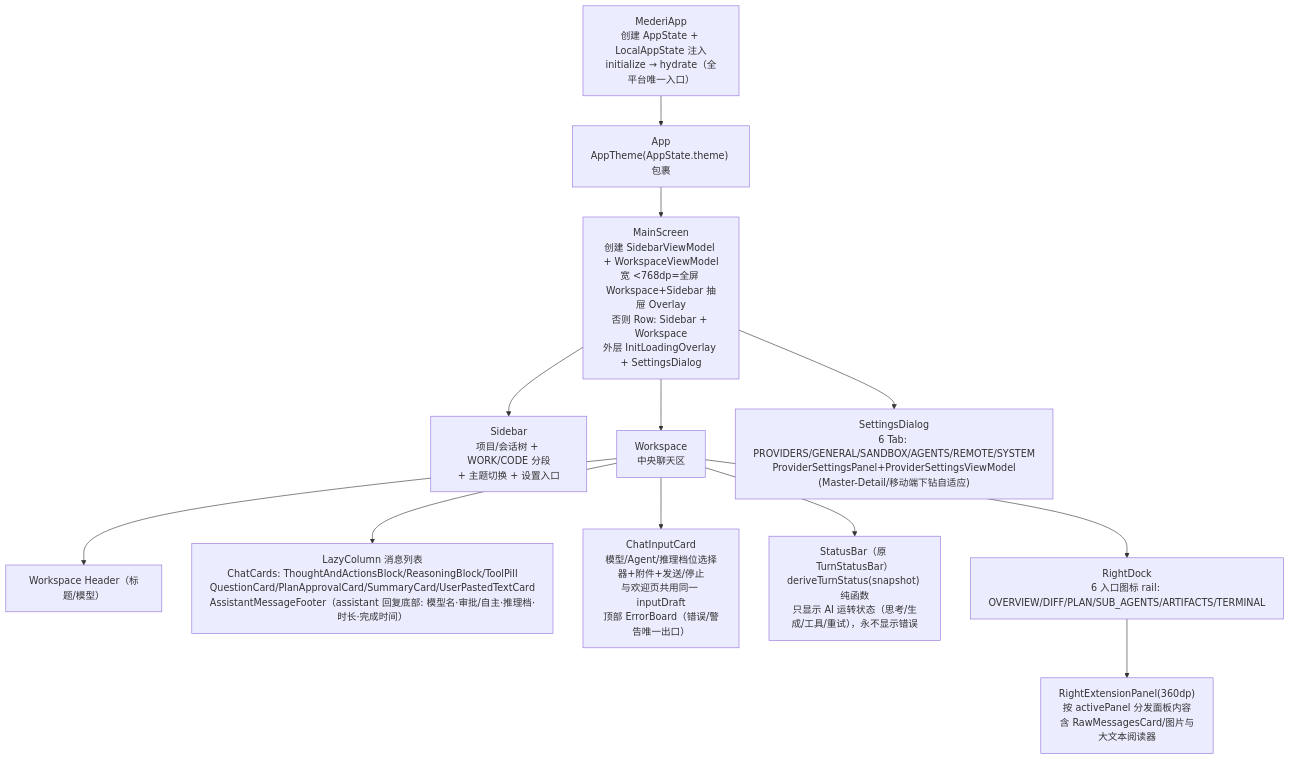
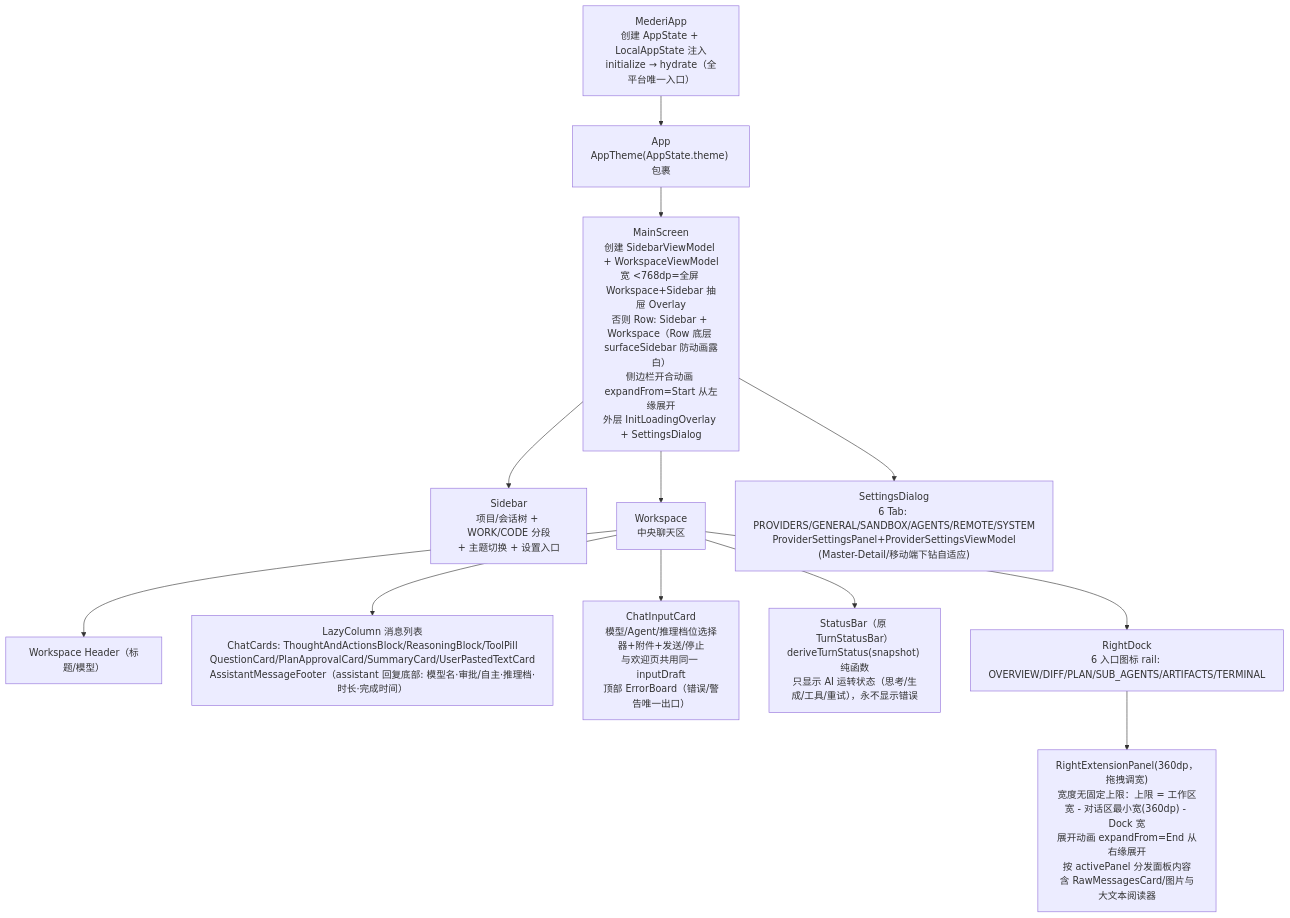
The third of 4 diagrams in mederi/docs/architecture/02-app-shared.md (lzdev42/mederi), drawn with Mermaid before and after one commit. The commit also changed other lines of this file and 38 other files, not shown here.

First line of the commit message:
ui: bound right panel width by conversation min width, fix sidebar backdrop flash

````diff
--- a/mederi/docs/architecture/02-app-shared.md
+++ b/mederi/docs/architecture/02-app-shared.md
@@ -324,24 +328,24 @@
 ```mermaid
 flowchart TD
     MA["MederiApp<br/>创建 AppState + LocalAppState 注入<br/>initialize → hydrate（全平台唯一入口）"]
     APP["App<br/>AppTheme(AppState.theme) 包裹"]
-    MS["MainScreen<br/>创建 SidebarViewModel + WorkspaceViewModel<br/>宽 <768dp=全屏 Workspace+Sidebar 抽屉 Overlay<br/>否则 Row: Sidebar + Workspace<br/>外层 InitLoadingOverlay + SettingsDialog"]
+    MS["MainScreen<br/>创建 SidebarViewModel + WorkspaceViewModel<br/>宽 <768dp=全屏 Workspace+Sidebar 抽屉 Overlay<br/>否则 Row: Sidebar + Workspace（Row 底层 surfaceSidebar 防动画露白）<br/>侧边栏开合动画 expandFrom=Start 从左缘展开<br/>外层 InitLoadingOverlay + SettingsDialog"]
     SB["Sidebar<br/>项目/会话树 + WORK/CODE 分段<br/>+ 主题切换 + 设置入口"]
     WS["Workspace<br/>中央聊天区"]
     HDR["Workspace Header（标题/模型）"]
     LIST["LazyColumn 消息列表<br/>ChatCards: ThoughtAndActionsBlock/ReasoningBlock/ToolPill<br/>QuestionCard/PlanApprovalCard/SummaryCard/UserPastedTextCard<br/>AssistantMessageFooter（assistant 回复底部: 模型名·审批/自主·推理档·时长·完成时间）"]
     INPUT["ChatInputCard<br/>模型/Agent/推理档位选择器+附件+发送/停止<br/>与欢迎页共用同一 inputDraft<br/>顶部 ErrorBoard（错误/警告唯一出口）"]
     SBAR["StatusBar（原 TurnStatusBar）<br/>deriveTurnStatus(snapshot) 纯函数<br/>只显示 AI 运转状态（思考/生成/工具/重试），永不显示错误"]
     DOCK["RightDock<br/>6 入口图标 rail: OVERVIEW/DIFF/PLAN/SUB_AGENTS/ARTIFACTS/TERMINAL"]
-    REP["RightExtensionPanel(360dp)<br/>按 activePanel 分发面板内容<br/>含 RawMessagesCard/图片与大文本阅读器"]
+    REP["RightExtensionPanel(360dp，拖拽调宽)<br/>宽度无固定上限：上限 = 工作区宽 - 对话区最小宽(360dp) - Dock 宽<br/>展开动画 expandFrom=End 从右缘展开<br/>按 activePanel 分发面板内容<br/>含 RawMessagesCard/图片与大文本阅读器"]
     SD["SettingsDialog<br/>6 Tab: PROVIDERS/GENERAL/SANDBOX/AGENTS/REMOTE/SYSTEM<br/>ProviderSettingsPanel+ProviderSettingsViewModel<br/>(Master-Detail/移动端下钻自适应)"]
     MA --> APP --> MS
     MS --> SB
     MS --> WS
     WS --> HDR
     WS --> LIST
     WS --> INPUT
     WS --> SBAR
     WS --> DOCK --> REP
     MS --> SD
 ```
````
